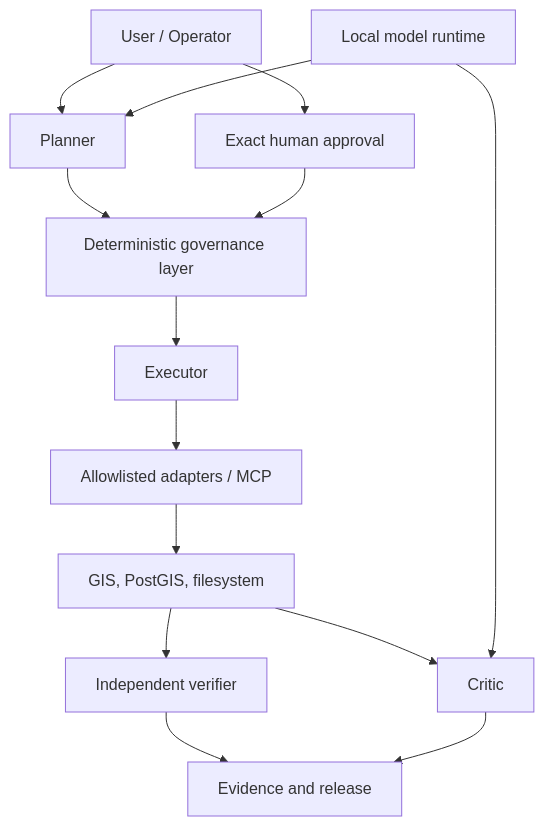
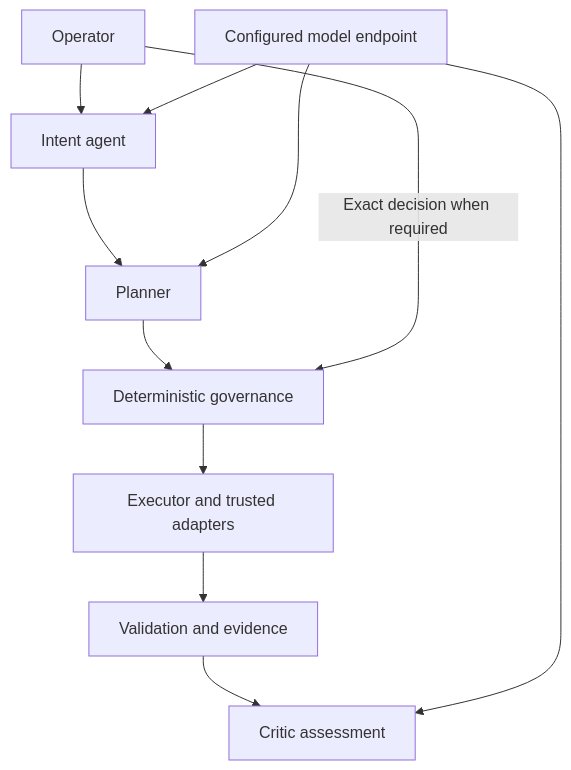
The second of 2 diagrams in README.md (wanggiya/action-charter), drawn with Mermaid before and after one commit. The commit also changed other lines of this file and 54 other files, not shown here.

````diff
--- a/README.md
+++ b/README.md
@@ -143,16 +52,13 @@
 ```mermaid
 flowchart TD
-    U["User / Operator"] --> P["Planner"]
-    P --> G["Deterministic governance layer"]
-    U --> A["Exact human approval"]
-    A --> G
-    G --> E["Executor"]
-    E --> T["Allowlisted adapters / MCP"]
-    T --> S["GIS, PostGIS, filesystem"]
-    S --> V["Independent verifier"]
-    V --> R["Evidence and release"]
-    S --> C["Critic"]
-    C --> R
-    M["Local model runtime"] --> P
+    U["Operator"] --> I["Intent agent"]
+    I --> P["Planner"]
+    P --> G["Deterministic governance"]
+    U -->|Exact decision when required| G
+    G --> E["Executor and trusted adapters"]
+    E --> V["Validation and evidence"]
+    V --> C["Critic assessment"]
+    M["Configured model endpoint"] --> I
+    M --> P
     M --> C
 ```
````
